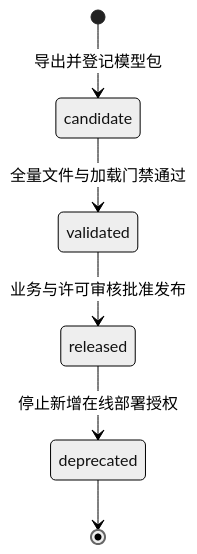
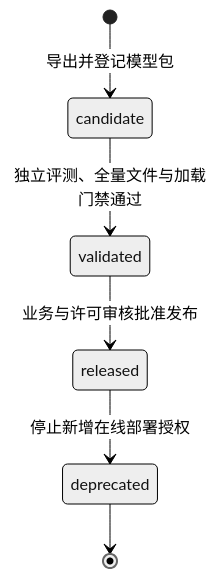
Before and after one commit to QingMouFoodDate/ProjectPRD: the diagram in contracts/MODEL.md, drawn with Mermaid (neutral theme). The commit also changed other lines of this file and 15 other files, not shown here.

````diff
--- a/contracts/MODEL.md
+++ b/contracts/MODEL.md
@@ -69,8 +77,8 @@
 ```mermaid
 stateDiagram-v2
     [*] --> candidate: 导出并登记模型包
-    candidate --> validated: 全量文件与加载门禁通过
+    candidate --> validated: 独立评测、全量文件与加载门禁通过
     validated --> released: 业务与许可审核批准发布
     released --> deprecated: 停止新增在线部署授权
     deprecated --> [*]
 ```
````
